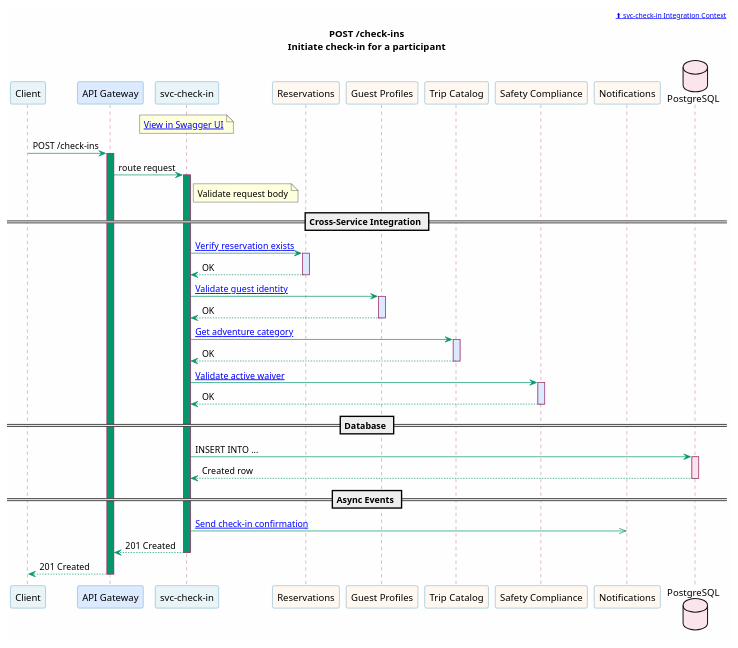
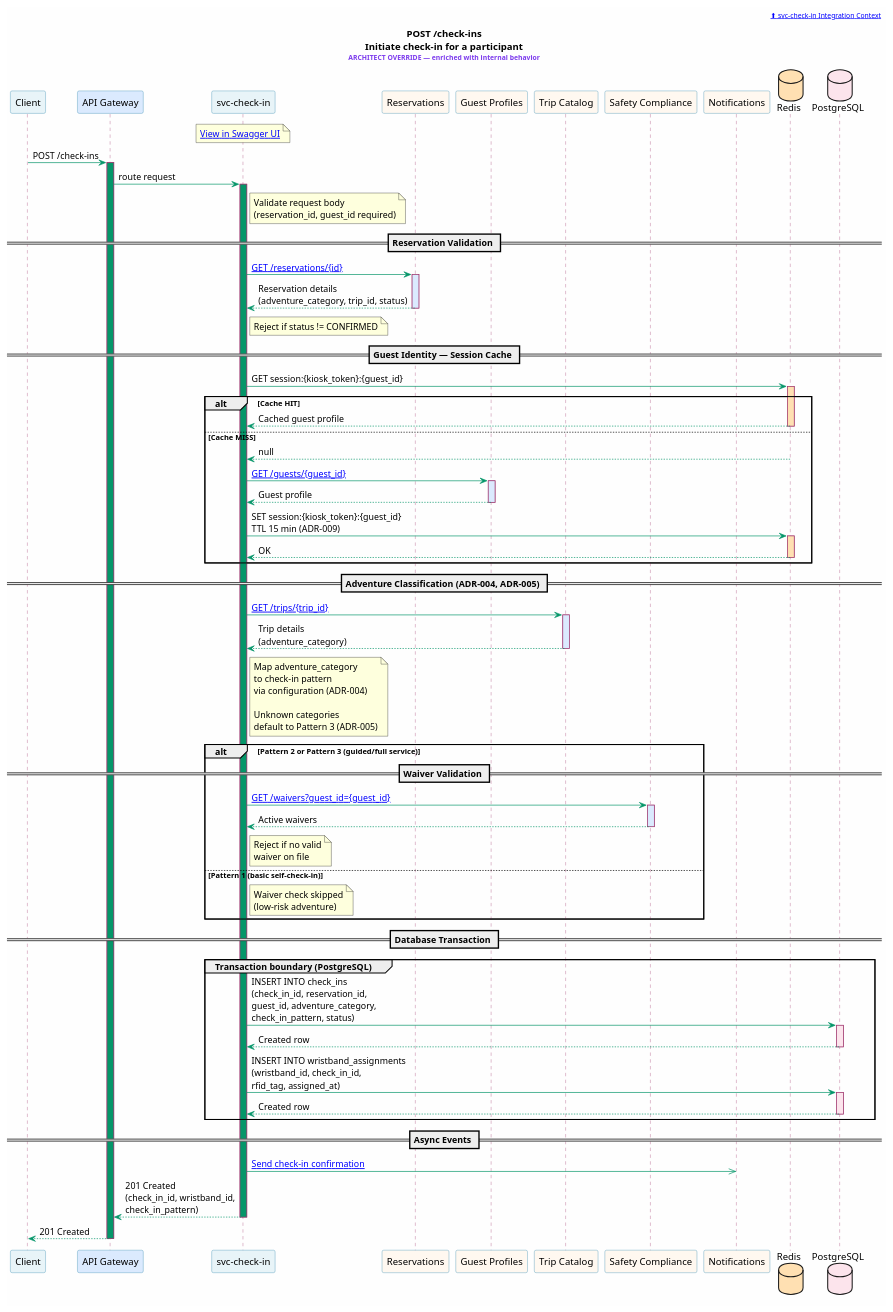
The diagram in portal/site/microservices/puml/svc-check-in--post-check-ins.puml (christopherblaisdell/continuous-architecture-platform-poc), drawn with PlantUML before and after one commit. The commit also changed 5 other files, not shown here.

First line of the commit message:
Implement diagram override model + CALM evaluation reminder

```diff
--- a/portal/site/microservices/puml/svc-check-in--post-check-ins.puml
+++ b/portal/site/microservices/puml/svc-check-in--post-check-ins.puml
@@ -1,80 +1,114 @@
 @startuml svc-check-in--post-check-ins
 
 skinparam backgroundColor #FEFEFE
 skinparam shadowing false
 skinparam defaultFontName "Segoe UI"
 skinparam sequence {
     ArrowColor #059669
     ParticipantBorderColor #2E86AB
     ParticipantBackgroundColor #E8F4F8
     LifeLineBorderColor #A23B72
     BoxBorderColor #F18F01
     BoxBackgroundColor #FFF8F0
     NoteBorderColor #c77b30
     NoteBackgroundColor #FEF3E7
 }
 
 header [[/microservices/svc-check-in/#integration-context ⬆ svc-check-in Integration Context]]
 
-title POST /check-ins\nInitiate check-in for a participant
+title POST /check-ins\nInitiate check-in for a participant\n<size:10><color:#7c3aed>ARCHITECT OVERRIDE — enriched with internal behavior</color></size>
 
 participant "Client" as Client [[/applications/]]
 participant "API Gateway" as GW [[/actors/#api-gateway]] #DBEAFE
 participant "svc-check-in" as Svc [[/microservices/svc-check-in/]] #E8F4F8
 participant "Reservations" as Res [[/microservices/svc-reservations/]] #FFF8F0
 participant "Guest Profiles" as GP [[/microservices/svc-guest-profiles/]] #FFF8F0
 participant "Trip Catalog" as TC [[/microservices/svc-trip-catalog/]] #FFF8F0
 participant "Safety Compliance" as Safety [[/microservices/svc-safety-compliance/]] #FFF8F0
 participant "Notifications" as Ntfy [[/microservices/svc-notifications/]] #FFF8F0
+database "Redis" as Cache #FFE0B2
 database "PostgreSQL" as DB [[/microservices/svc-check-in/#data-store]] #FCE4EC
 
 note over Svc
   [[/services/api/svc-check-in.html#/Check-Ins/createCheckIn View in Swagger UI]]
 end note
 
 Client -> GW : POST /check-ins
 activate GW #059669
 GW -> Svc : route request
 activate Svc #059669
 
-note right of Svc : Validate request body
+note right of Svc : Validate request body\n(reservation_id, guest_id required)
 
-== Cross-Service Integration ==
+== Reservation Validation ==
 
-Svc -> Res : [[/microservices/svc-reservations/#get-reservationsreservation_id-get-reservation-details Verify reservation exists]]
+Svc -> Res : [[/microservices/svc-reservations/#get-reservationsreservation_id-get-reservation-details GET /reservations/{id}]]
 activate Res #DBEAFE
-Res --> Svc : OK
+Res --> Svc : Reservation details\n(adventure_category, trip_id, status)
 deactivate Res
+note right of Svc : Reject if status != CONFIRMED
 
-Svc -> GP : [[/microservices/svc-guest-profiles/#get-guestsguest_id-get-guest-profile Validate guest identity]]
-activate GP #DBEAFE
-GP --> Svc : OK
-deactivate GP
+== Guest Identity — Session Cache ==
 
-Svc -> TC : [[/microservices/svc-trip-catalog/#get-tripstrip_id-get-trip-details Get adventure category]]
+Svc -> Cache : GET session:{kiosk_token}:{guest_id}
+activate Cache #FFE0B2
+alt Cache HIT
+    Cache --> Svc : Cached guest profile
+    deactivate Cache
+else Cache MISS
+    Cache --> Svc : null
+    deactivate Cache
+    Svc -> GP : [[/microservices/svc-guest-profiles/#get-guestsguest_id-get-guest-profile GET /guests/{guest_id}]]
+    activate GP #DBEAFE
+    GP --> Svc : Guest profile
+    deactivate GP
+    Svc -> Cache : SET session:{kiosk_token}:{guest_id}\nTTL 15 min (ADR-009)
+    activate Cache #FFE0B2
+    Cache --> Svc : OK
+    deactivate Cache
+end
+
+== Adventure Classification (ADR-004, ADR-005) ==
+
+Svc -> TC : [[/microservices/svc-trip-catalog/#get-tripstrip_id-get-trip-details GET /trips/{trip_id}]]
 activate TC #DBEAFE
-TC --> Svc : OK
+TC --> Svc : Trip details\n(adventure_category)
 deactivate TC
 
-Svc -> Safety : [[/microservices/svc-safety-compliance/#get-waivers-list-waivers-by-guest Validate active waiver]]
-activate Safety #DBEAFE
-Safety --> Svc : OK
-deactivate Safety
+note right of Svc : Map adventure_category\nto check-in pattern\nvia configuration (ADR-004)\n\nUnknown categories\ndefault to Pattern 3 (ADR-005)
 
-== Database ==
+alt Pattern 2 or Pattern 3 (guided/full service)
+    == Waiver Validation ==
+    Svc -> Safety : [[/microservices/svc-safety-compliance/#get-waivers-list-waivers-by-guest GET /waivers?guest_id={guest_id}]]
+    activate Safety #DBEAFE
+    Safety --> Svc : Active waivers
+    deactivate Safety
+    note right of Svc : Reject if no valid\nwaiver on file
+else Pattern 1 (basic self-check-in)
+    note right of Svc : Waiver check skipped\n(low-risk adventure)
+end
 
-Svc -> DB : INSERT INTO ...
-activate DB #FCE4EC
-DB --> Svc : Created row
-deactivate DB
+== Database Transaction ==
+
+group Transaction boundary (PostgreSQL)
+    Svc -> DB : INSERT INTO check_ins\n(check_in_id, reservation_id,\nguest_id, adventure_category,\ncheck_in_pattern, status)
+    activate DB #FCE4EC
+    DB --> Svc : Created row
+    deactivate DB
+
+    Svc -> DB : INSERT INTO wristband_assignments\n(wristband_id, check_in_id,\nrfid_tag, assigned_at)
+    activate DB #FCE4EC
+    DB --> Svc : Created row
+    deactivate DB
+end
 
 == Async Events ==
 
 Svc ->> Ntfy : [[/microservices/svc-notifications/#post-notifications-send-a-notification Send check-in confirmation]]
 
-Svc --> GW : 201 Created
+Svc --> GW : 201 Created\n(check_in_id, wristband_id,\ncheck_in_pattern)
 deactivate Svc
 GW --> Client : 201 Created
 deactivate GW
 
 @enduml
```
